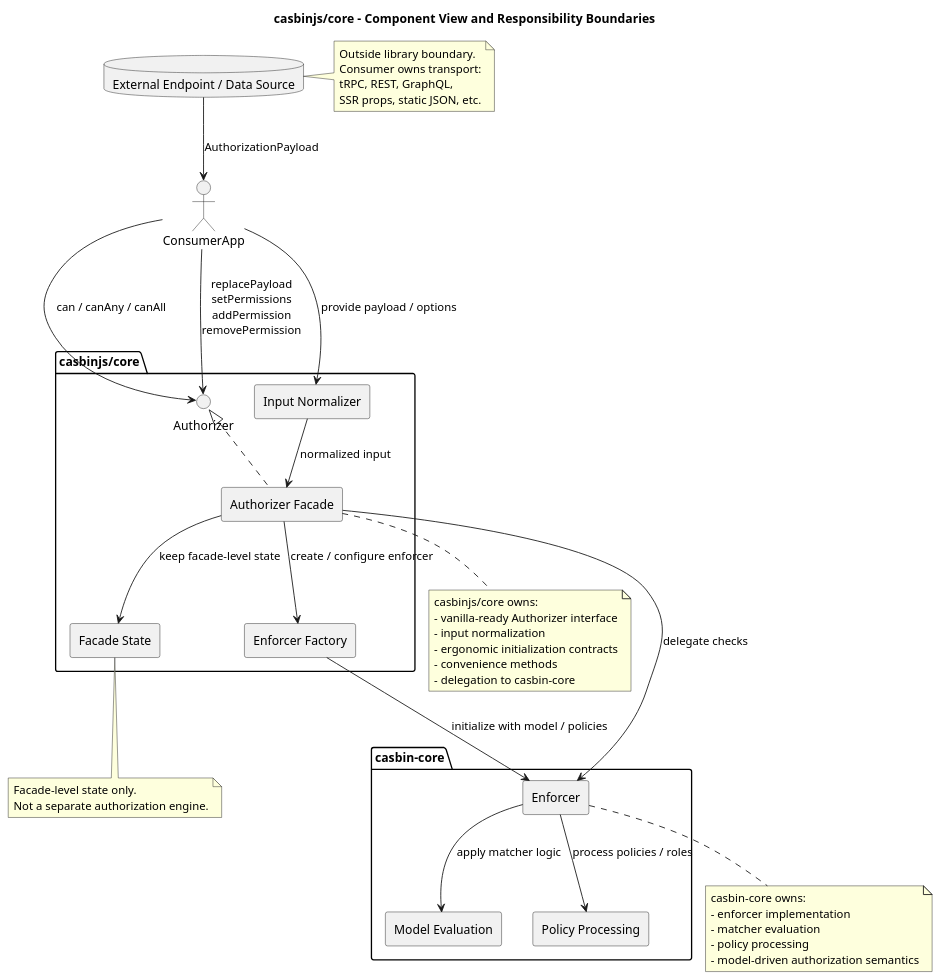
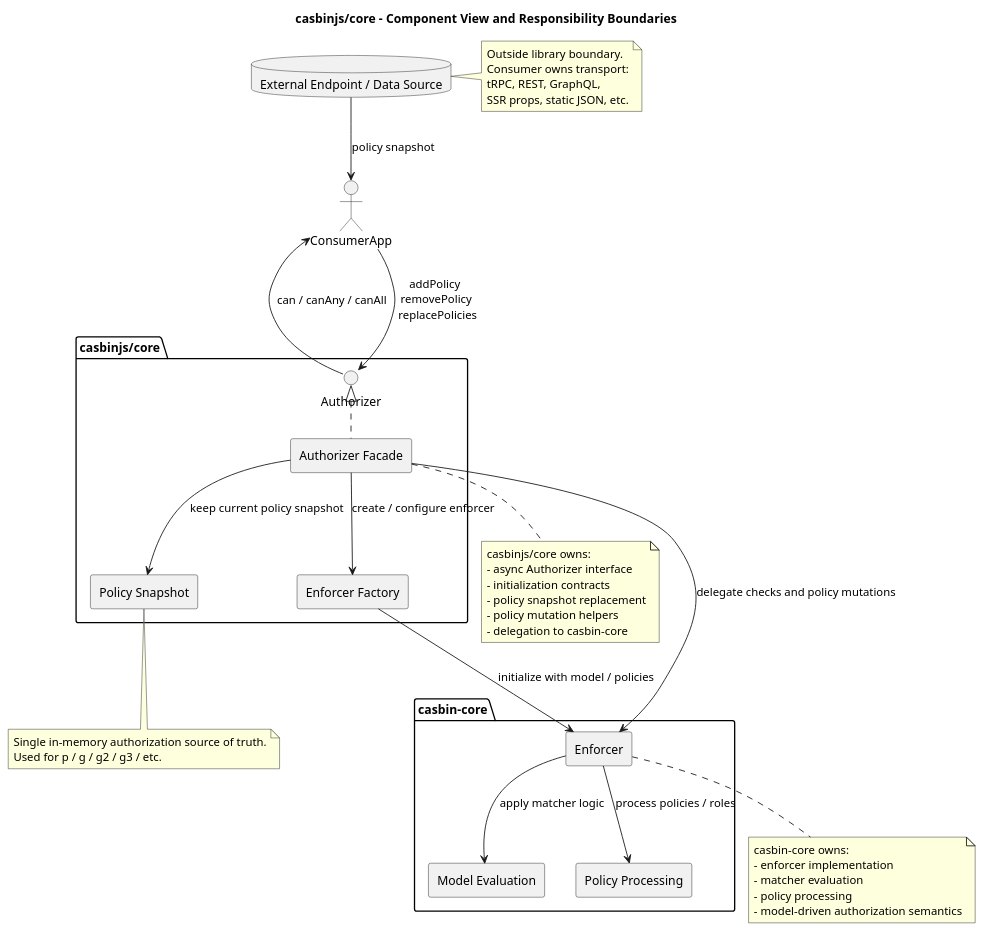
Before and after one commit to proveo-ca/casbinjs: the diagram in _spec/core/components.puml, drawn with PlantUML. The commit also changed 22 other files, not shown here.

First paragraph of the commit message:
chore: remove unused InputNormalizer references

```diff
--- a/_spec/core/components.puml
+++ b/_spec/core/components.puml
@@ -1,68 +1,64 @@
 @startuml
 title casbinjs/core - Component View and Responsibility Boundaries
 
 skinparam componentStyle rectangle
 skinparam shadowing false
 
 actor ConsumerApp as Consumer
 database "External Endpoint / Data Source" as Endpoint
 
 package "casbinjs/core" {
   interface "Authorizer" as AuthorizerContract
   component "Authorizer Facade" as AuthorizerFacade
-  component "Input Normalizer" as InputNormalizer
   component "Enforcer Factory" as EnforcerFactory
-  component "Facade State" as FacadeState
+  component "Policy Snapshot" as PolicySnapshot
 }
 
 package "casbin-core" {
   component "Enforcer" as Enforcer
   component "Model Evaluation" as Evaluation
   component "Policy Processing" as PolicyProcessing
 }
 
-Endpoint --> Consumer : AuthorizationPayload
+Endpoint --> Consumer : policy snapshot
 
-Consumer --> AuthorizerContract : can / canAny / canAll
-Consumer --> AuthorizerContract : replacePayload\nsetPermissions\naddPermission\nremovePermission
+Consumer <-- AuthorizerContract : can / canAny / canAll
+Consumer --> AuthorizerContract : addPolicy \nremovePolicy\n replacePolicies
 AuthorizerContract <|.. AuthorizerFacade
 
-Consumer --> InputNormalizer : provide payload / options
-InputNormalizer --> AuthorizerFacade : normalized input
-
-AuthorizerFacade --> FacadeState : keep facade-level state
+AuthorizerFacade --> PolicySnapshot : keep current policy snapshot
 AuthorizerFacade --> EnforcerFactory : create / configure enforcer
 EnforcerFactory --> Enforcer : initialize with model / policies
-AuthorizerFacade --> Enforcer : delegate checks
+AuthorizerFacade --> Enforcer : delegate checks and policy mutations
 Enforcer --> Evaluation : apply matcher logic
 Enforcer --> PolicyProcessing : process policies / roles
 
 note right of Endpoint
 Outside library boundary.
 Consumer owns transport:
 tRPC, REST, GraphQL,
 SSR props, static JSON, etc.
 end note
 
 note bottom of AuthorizerFacade
 casbinjs/core owns:
-- vanilla-ready Authorizer interface
-- input normalization
-- ergonomic initialization contracts
-- convenience methods
+- async Authorizer interface
+- initialization contracts
+- policy snapshot replacement
+- policy mutation helpers
 - delegation to casbin-core
 end note
 
-note bottom of FacadeState
-Facade-level state only.
-Not a separate authorization engine.
+note bottom of PolicySnapshot
+Single in-memory authorization source of truth.
+Used for p / g / g2 / g3 / etc.
 end note
 
 note bottom of Enforcer
 casbin-core owns:
 - enforcer implementation
 - matcher evaluation
 - policy processing
 - model-driven authorization semantics
 end note
 @enduml
```
